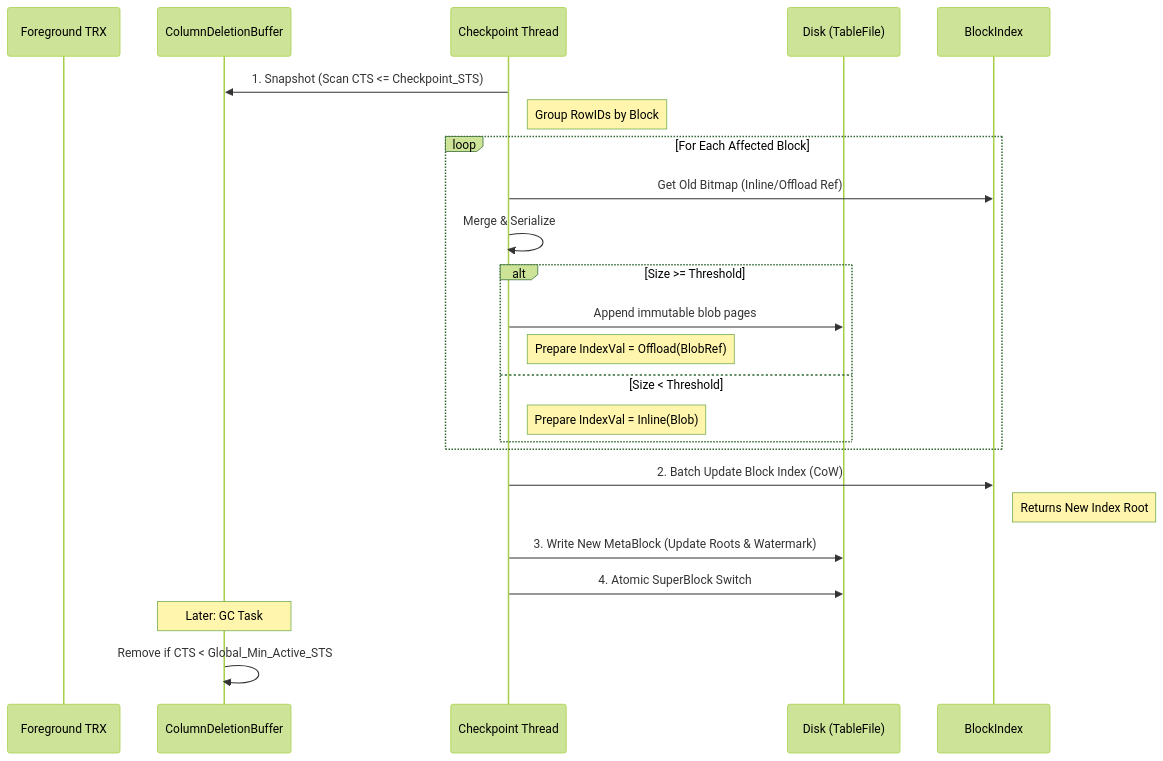
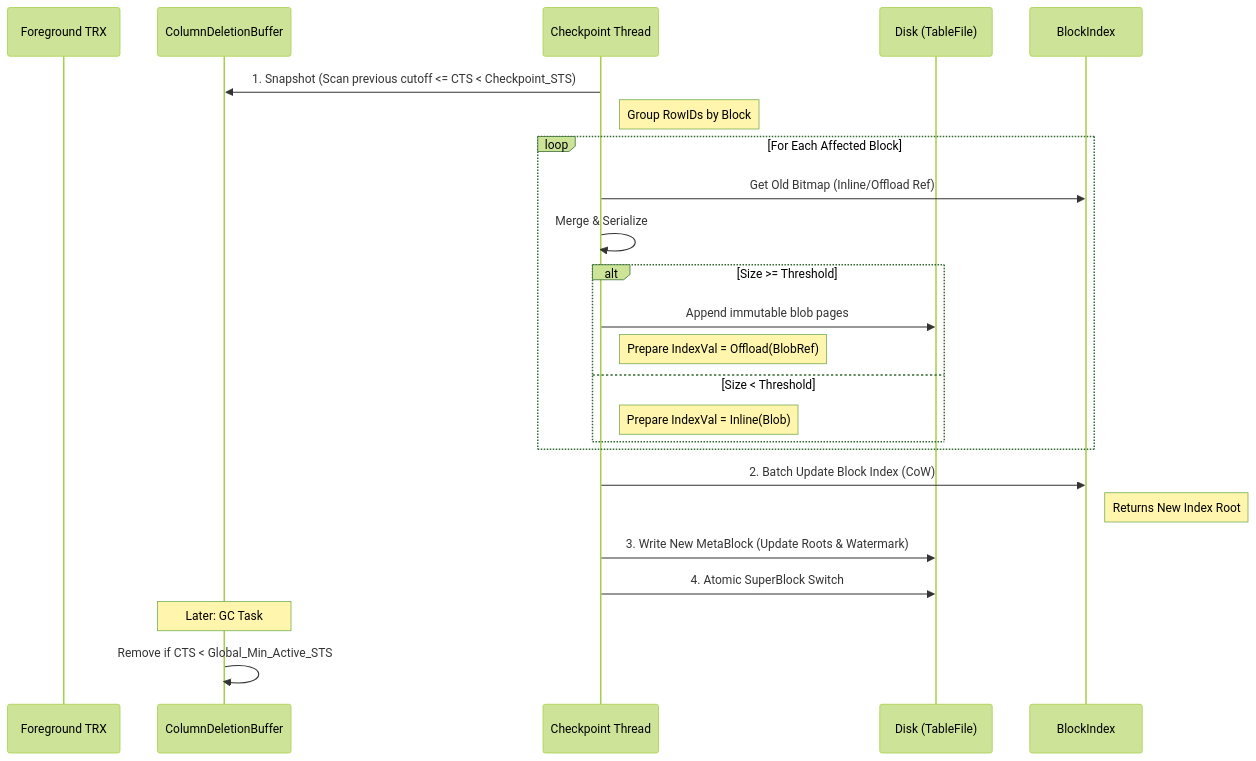
One commit to jiangzhe/doradb changed the diagram in docs/deletion-checkpoint.md. Above: the diagram before and after it, drawn with Mermaid (forest theme). The commit also changed other lines of this file and 9 other files, not shown here.

````diff
--- a/docs/deletion-checkpoint.md
+++ b/docs/deletion-checkpoint.md
@@ -176,35 +194,35 @@
 ```mermaid
 sequenceDiagram
     participant FG as Foreground TRX
     participant Mem as ColumnDeletionBuffer
     participant CP as Checkpoint Thread
     participant IO as Disk (TableFile)
     participant IDX as BlockIndex
 
     %% Phase 1
-    CP->>Mem: 1. Snapshot (Scan CTS <= Checkpoint_STS)
+    CP->>Mem: 1. Snapshot (Scan previous cutoff <= CTS < Checkpoint_STS)
     Note right of CP: Group RowIDs by Block
 
     %% Phase 2 & 3
     loop For Each Affected Block
         CP->>IDX: Get Old Bitmap (Inline/Offload Ref)
         CP->>CP: Merge & Serialize
         alt Size >= Threshold
             CP->>IO: Append immutable blob pages
             Note right of CP: Prepare IndexVal = Offload(BlobRef)
         else Size < Threshold
             Note right of CP: Prepare IndexVal = Inline(Blob)
         end
     end
 
     CP->>IDX: 2. Batch Update Block Index (CoW)
     Note right of IDX: Returns New Index Root
 
     %% Phase 4
     CP->>IO: 3. Write New MetaBlock (Update Roots & Watermark)
     CP->>IO: 4. Atomic SuperBlock Switch
 
     %% GC (Independent)
     Note over Mem: Later: GC Task
     Mem->>Mem: Remove if CTS < Global_Min_Active_STS
 ```
````
